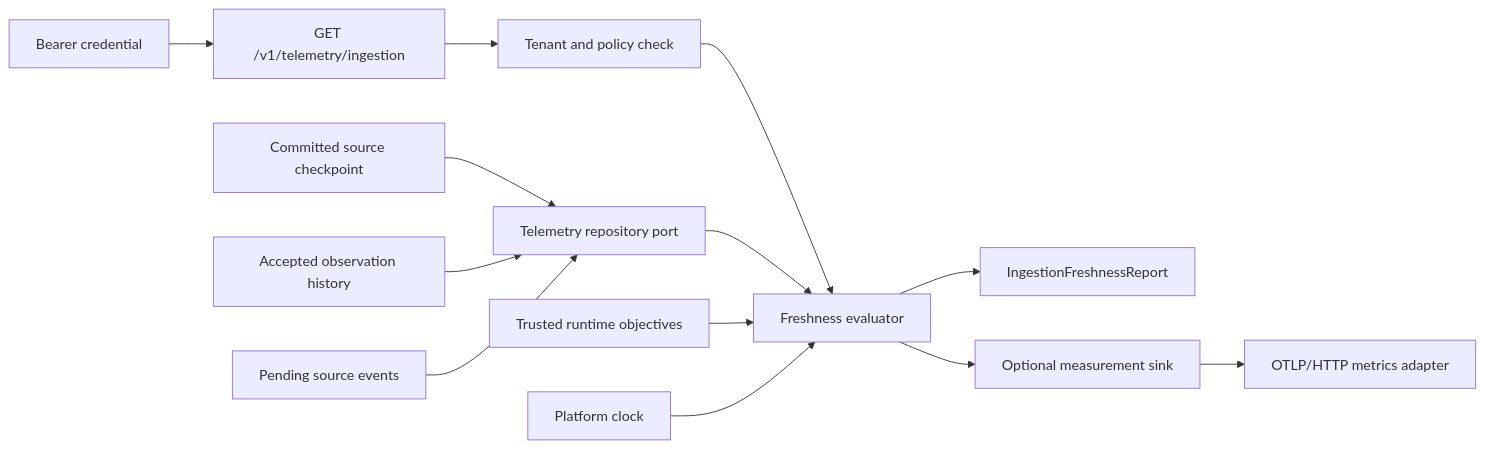
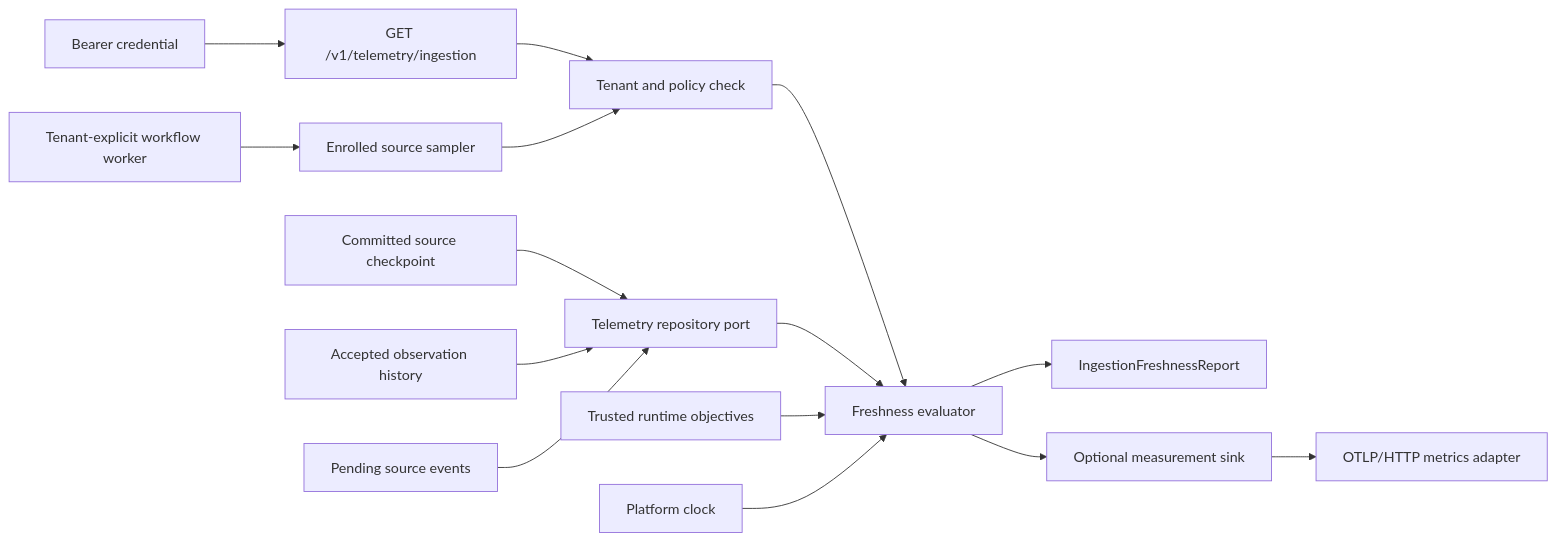
One commit to thedevopshuman/infra-intelligence-platform changed the diagram in docs/architecture/ingestion-freshness-telemetry.md. Above: the diagram before and after it, drawn with Mermaid. The commit also changed other lines of this file and 30 other files, not shown here.

````diff
--- a/docs/architecture/ingestion-freshness-telemetry.md
+++ b/docs/architecture/ingestion-freshness-telemetry.md
@@ -11,15 +11,17 @@
 ```mermaid
 flowchart LR
     Credential["Bearer credential"] --> HTTP["GET /v1/telemetry/ingestion"]
     HTTP --> Policy["Tenant and policy check"]
     Policy --> Service["Freshness evaluator"]
     Checkpoint["Committed source checkpoint"] --> Repository["Telemetry repository port"]
     History["Accepted observation history"] --> Repository
     Outbox["Pending source events"] --> Repository
     Repository --> Service
     Objectives["Trusted runtime objectives"] --> Service
     Clock["Platform clock"] --> Service
     Service --> Report["IngestionFreshnessReport"]
     Service --> Sink["Optional measurement sink"]
     Sink --> OTLP["OTLP/HTTP metrics adapter"]
+    Worker["Tenant-explicit workflow worker"] --> Sampler["Enrolled source sampler"]
+    Sampler --> Policy
 ```
````
